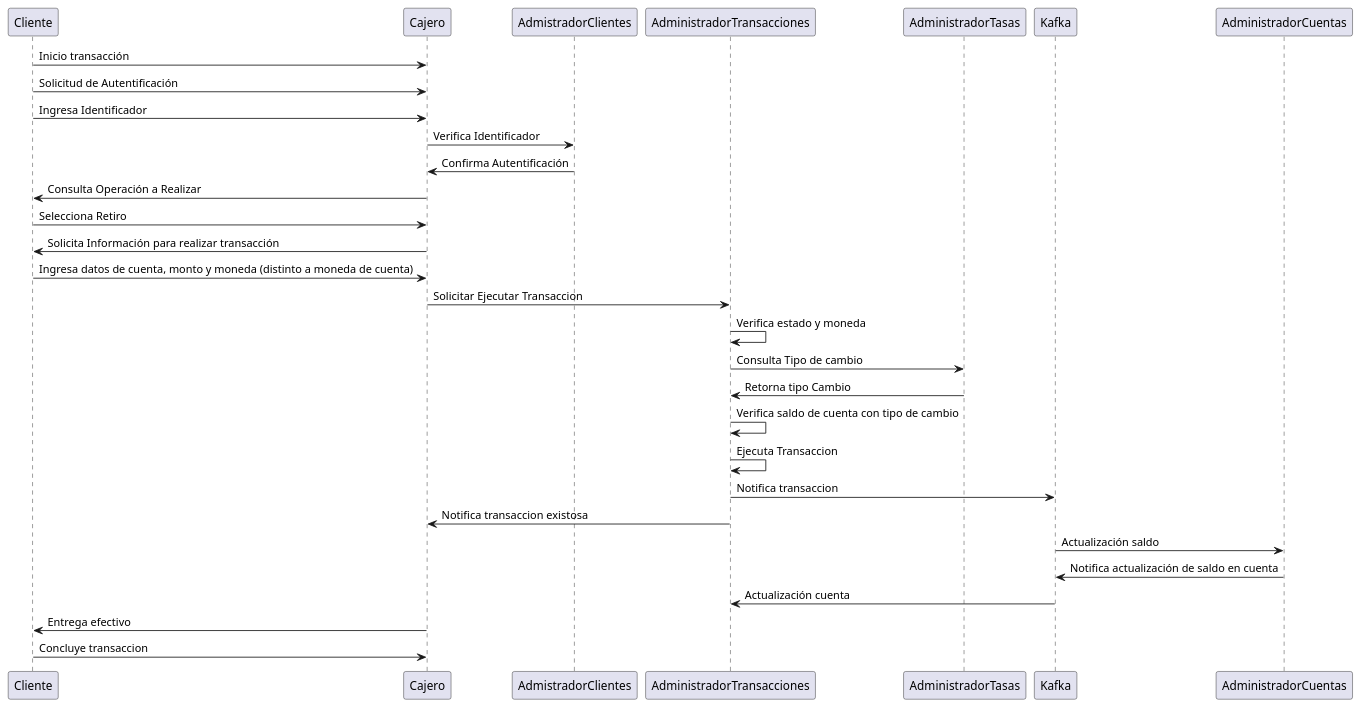
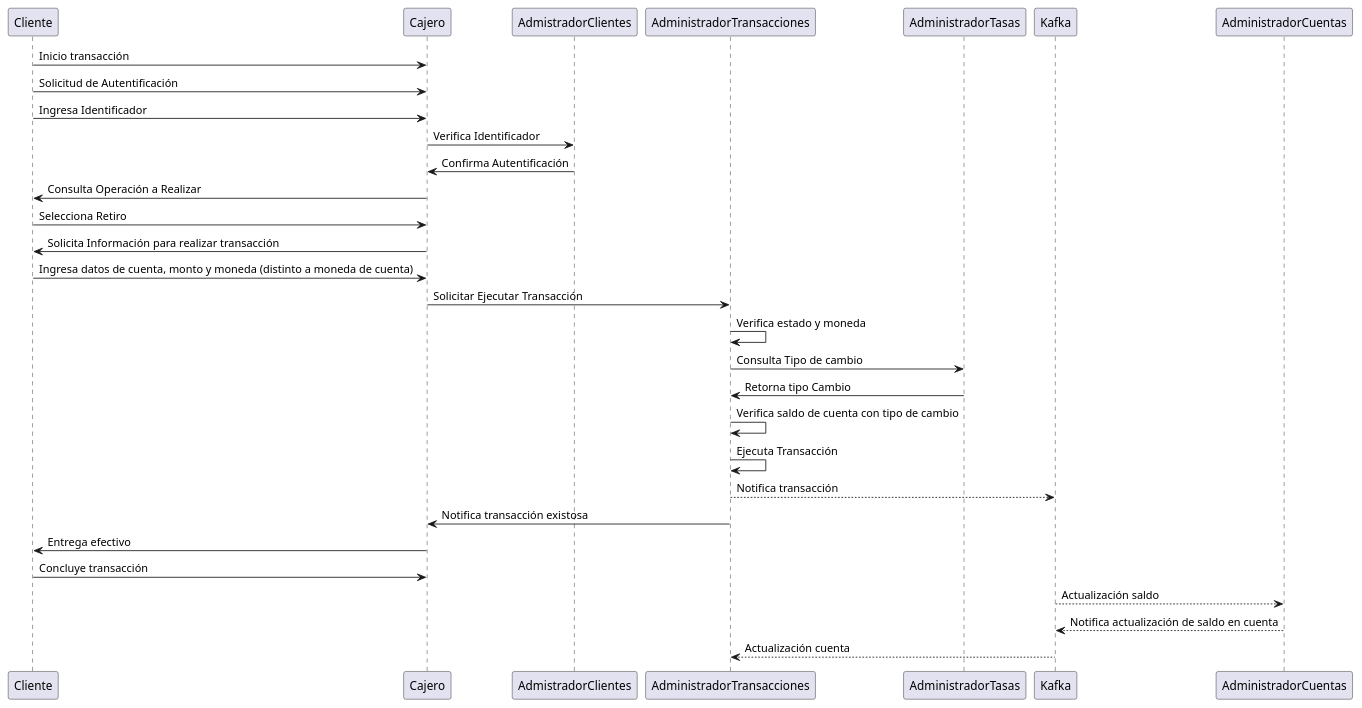
The diagram in transacciones/src/main/resources/docs/plantUML/secuenciaTransferenciaExitosa.puml (LizetheOV/cajero-automatico-multimoneda), drawn with PlantUML before and after one commit. The commit also changed 19 other files, not shown here.

```diff
--- a/transacciones/src/main/resources/docs/plantUML/secuenciaTransferenciaExitosa.puml
+++ b/transacciones/src/main/resources/docs/plantUML/secuenciaTransferenciaExitosa.puml
@@ -1,24 +1,24 @@
 @startuml
 Cliente -> Cajero: Inicio transacción
 Cajero <- Cliente : Solicitud de Autentificación
 Cliente -> Cajero: Ingresa Identificador
 Cajero -> AdmistradorClientes: Verifica Identificador
 AdmistradorClientes-> Cajero: Confirma Autentificación
 Cajero -> Cliente: Consulta Operación a Realizar
 Cliente -> Cajero: Selecciona Retiro
 Cajero -> Cliente: Solicita Información para realizar transacción
 Cliente -> Cajero: Ingresa datos de cuenta, monto y moneda (distinto a moneda de cuenta)
-Cajero -> AdministradorTransacciones: Solicitar Ejecutar Transaccion
+Cajero -> AdministradorTransacciones: Solicitar Ejecutar Transacción
 AdministradorTransacciones -> AdministradorTransacciones: Verifica estado y moneda
 AdministradorTransacciones -> AdministradorTasas: Consulta Tipo de cambio
 AdministradorTasas -> AdministradorTransacciones: Retorna tipo Cambio
 AdministradorTransacciones -> AdministradorTransacciones: Verifica saldo de cuenta con tipo de cambio
-AdministradorTransacciones -> AdministradorTransacciones: Ejecuta Transaccion
-AdministradorTransacciones -> Kafka: Notifica transaccion
-AdministradorTransacciones -> Cajero: Notifica transaccion existosa
-Kafka-> AdministradorCuentas: Actualización saldo
-AdministradorCuentas ->  Kafka: Notifica actualización de saldo en cuenta
-Kafka -> AdministradorTransacciones: Actualización cuenta
+AdministradorTransacciones -> AdministradorTransacciones: Ejecuta Transacción
+AdministradorTransacciones --> Kafka: Notifica transacción
+AdministradorTransacciones -> Cajero: Notifica transacción existosa
 Cajero -> Cliente: Entrega efectivo
-Cliente -> Cajero: Concluye transaccion
+Cliente -> Cajero: Concluye transacción
+Kafka--> AdministradorCuentas: Actualización saldo
+AdministradorCuentas -->  Kafka: Notifica actualización de saldo en cuenta
+Kafka --> AdministradorTransacciones: Actualización cuenta
 @enduml
```
